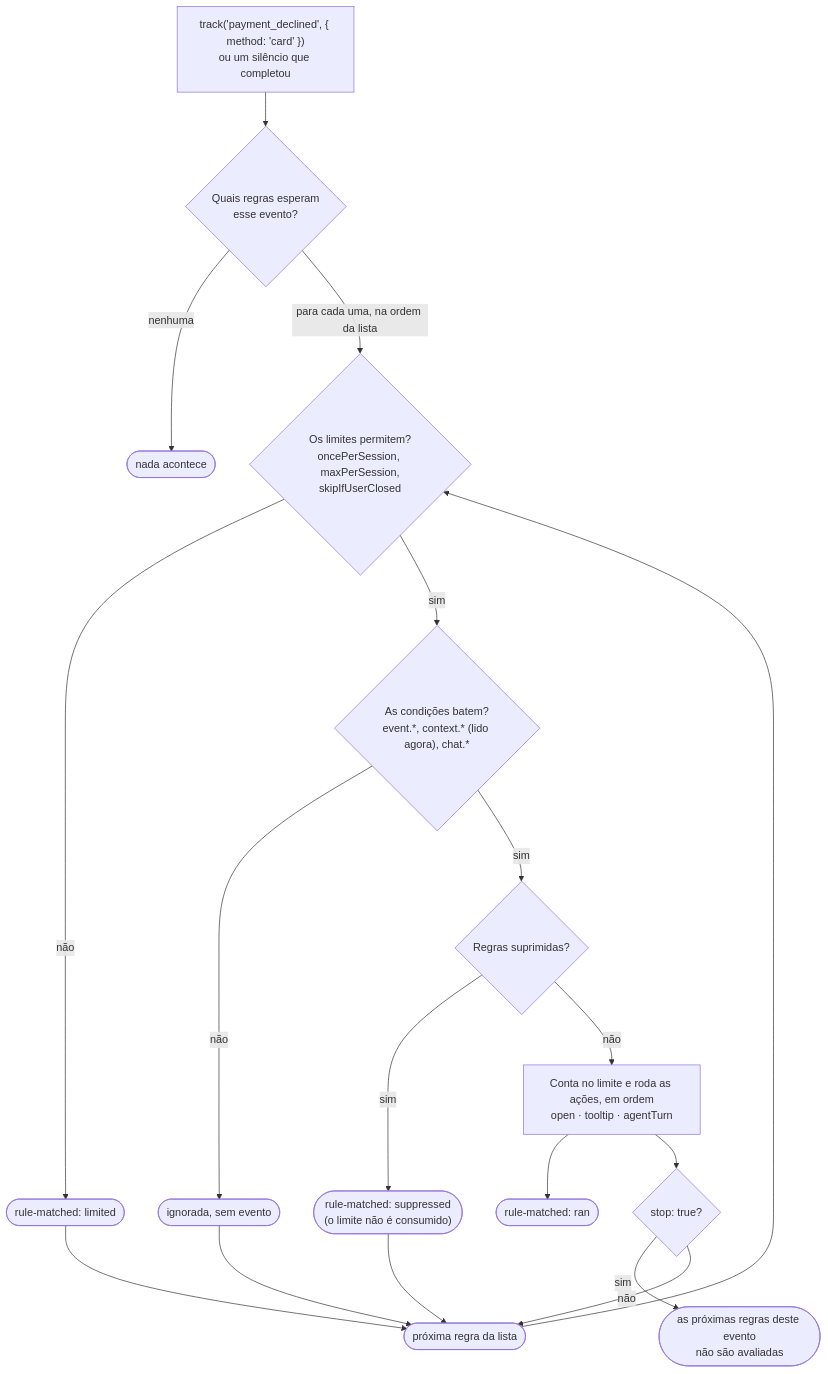
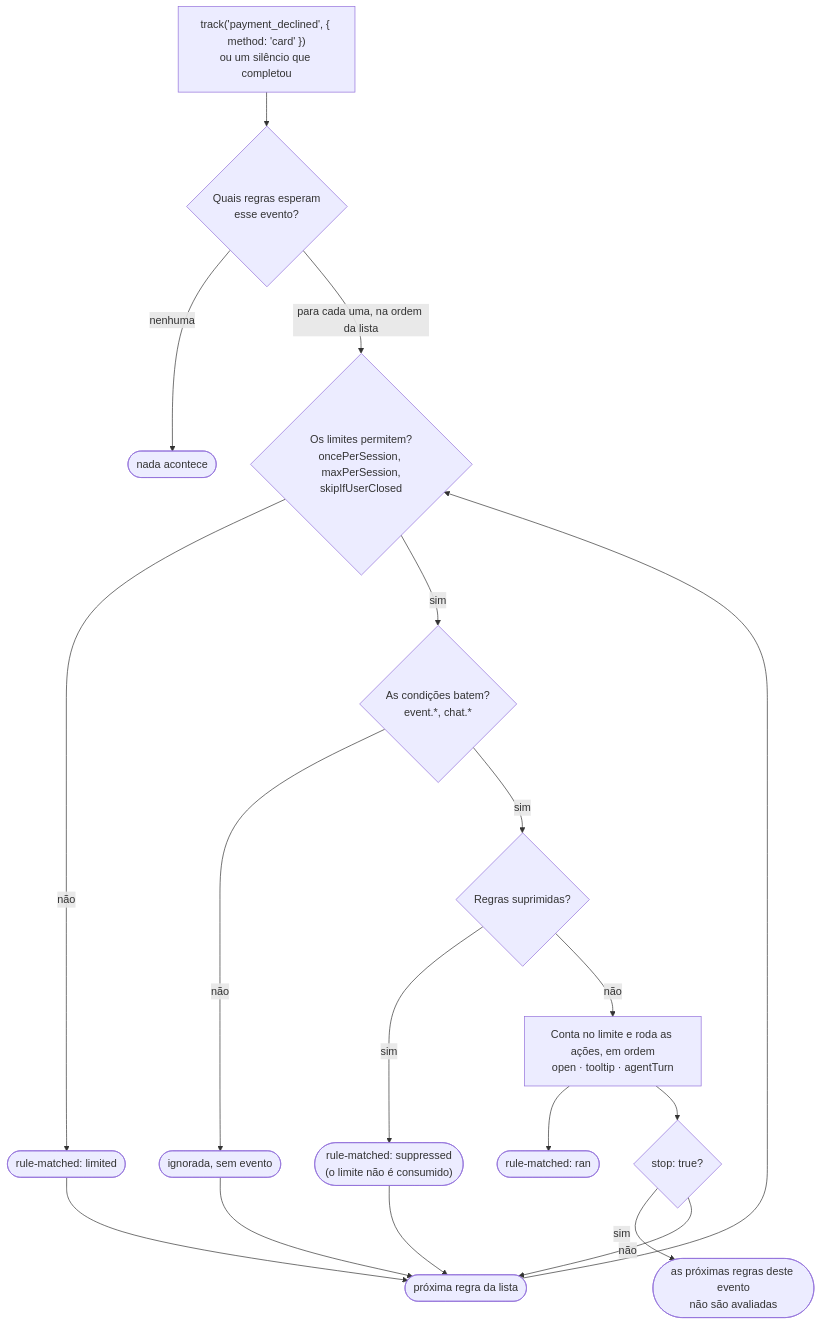
One commit to Izy-Tech/tutor-component-docs changed the diagram in documentacao-regras.md. Above: the diagram before and after it, drawn with Mermaid. The commit also changed other lines of this file and 1 other file, not shown here.

````diff
--- a/documentacao-regras.md
+++ b/documentacao-regras.md
@@ -36,20 +36,20 @@
 ```mermaid
 flowchart TD
     E["track('payment_declined', { method: 'card' })<br/>ou um silêncio que completou"] --> R{"Quais regras esperam<br/>esse evento?"}
     R -- nenhuma --> N0(["nada acontece"])
     R -- "para cada uma, na ordem da lista" --> L{"Os limites permitem?<br/>oncePerSession, maxPerSession,<br/>skipIfUserClosed"}
     L -- não --> X1(["rule-matched: limited"])
-    L -- sim --> C{"As condições batem?<br/>event.*, context.* (lido agora), chat.*"}
+    L -- sim --> C{"As condições batem?<br/>event.*, chat.*"}
     C -- não --> X2(["ignorada, sem evento"])
     C -- sim --> S{"Regras suprimidas?"}
     S -- sim --> X3(["rule-matched: suppressed<br/>(o limite não é consumido)"])
     S -- não --> A["Conta no limite e roda as ações, em ordem<br/>open · tooltip · agentTurn"]
     A --> OK(["rule-matched: ran"])
     A --> T{"stop: true?"}
     T -- sim --> FIM(["as próximas regras deste evento<br/>não são avaliadas"])
     T -- não --> NX
     X1 --> NX
     X2 --> NX
     X3 --> NX
     NX(["próxima regra da lista"]) --> L
 ```
````
